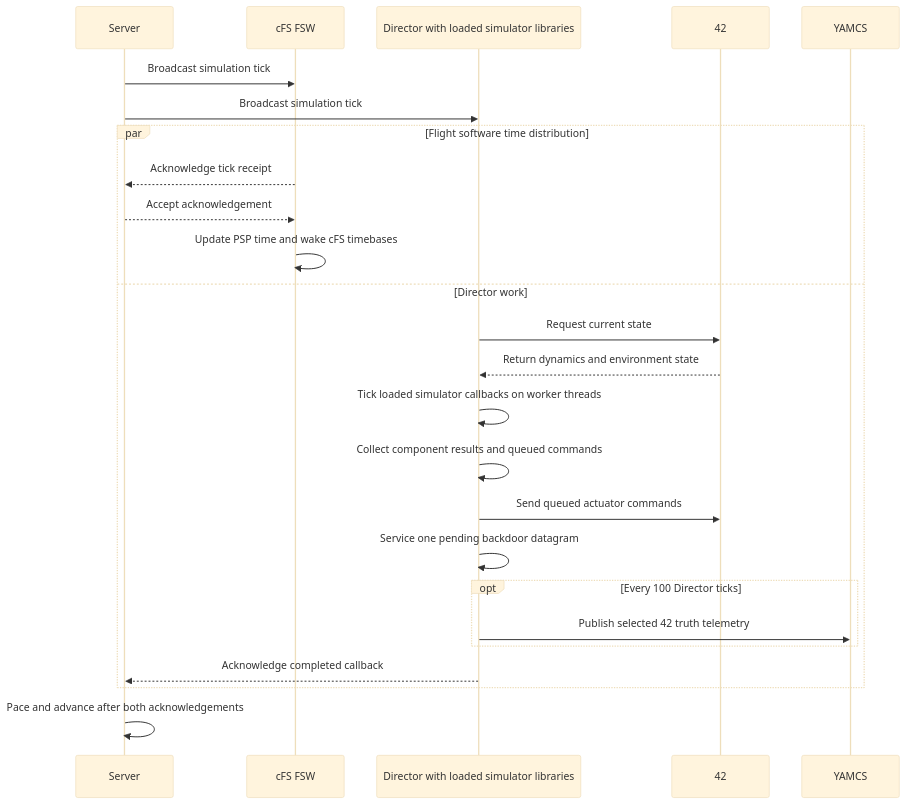
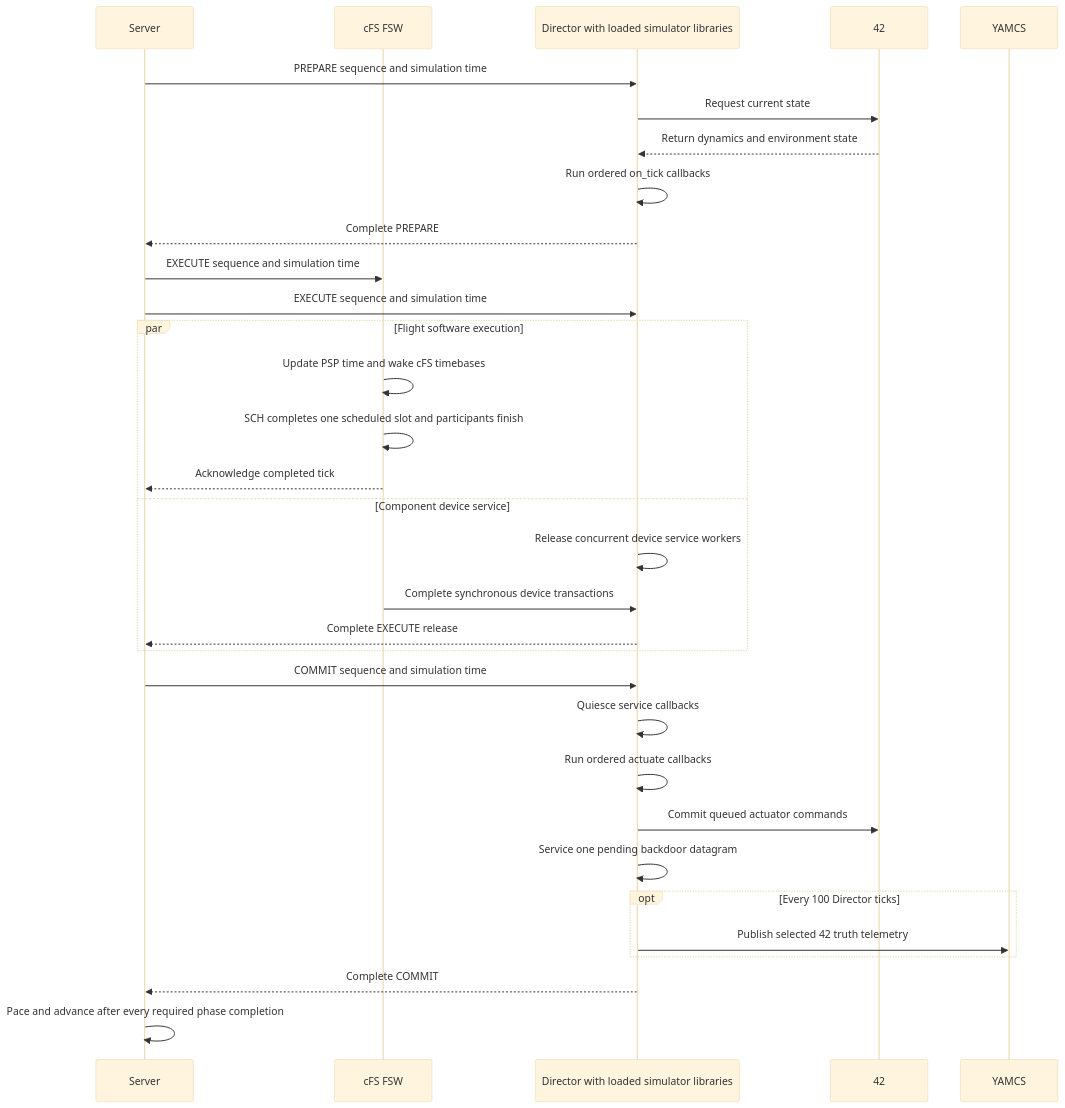
Before and after one commit to VoyagerTechnologies-Public/shire: the seventh of 8 diagrams in atlas/docs/manual/core-concepts/architecture.md, drawn with Mermaid (base theme). The commit also changed other lines of this file and 135 other files, not shown here.

````diff
--- a/atlas/docs/manual/core-concepts/architecture.md
+++ b/atlas/docs/manual/core-concepts/architecture.md
@@ -166,28 +179,35 @@
 ```mermaid
 sequenceDiagram
     participant Server
     participant FSW as cFS FSW
     participant Director as Director with loaded simulator libraries
     participant FortyTwo as 42
     participant YAMCS
 
-    Server->>FSW: Broadcast simulation tick
-    Server->>Director: Broadcast simulation tick
-    par Flight software time distribution
-        FSW-->>Server: Acknowledge tick receipt
-        Server-->>FSW: Accept acknowledgement
+    Server->>Director: PREPARE sequence and simulation time
+    Director->>FortyTwo: Request current state
+    FortyTwo-->>Director: Return dynamics and environment state
+    Director->>Director: Run ordered on_tick callbacks
+    Director-->>Server: Complete PREPARE
+    Server->>FSW: EXECUTE sequence and simulation time
+    Server->>Director: EXECUTE sequence and simulation time
+    par Flight software execution
         FSW->>FSW: Update PSP time and wake cFS timebases
-    and Director work
-        Director->>FortyTwo: Request current state
-        FortyTwo-->>Director: Return dynamics and environment state
-        Director->>Director: Tick loaded simulator callbacks on worker threads
-        Director->>Director: Collect component results and queued commands
-        Director->>FortyTwo: Send queued actuator commands
-        Director->>Director: Service one pending backdoor datagram
-        opt Every 100 Director ticks
-            Director->>YAMCS: Publish selected 42 truth telemetry
-        end
-        Director-->>Server: Acknowledge completed callback
+        FSW->>FSW: SCH completes one scheduled slot and participants finish
+        FSW-->>Server: Acknowledge completed tick
+    and Component device service
+        Director->>Director: Release concurrent device service workers
+        FSW->>Director: Complete synchronous device transactions
+        Director-->>Server: Complete EXECUTE release
     end
-    Server->>Server: Pace and advance after both acknowledgements
+    Server->>Director: COMMIT sequence and simulation time
+    Director->>Director: Quiesce service callbacks
+    Director->>Director: Run ordered actuate callbacks
+    Director->>FortyTwo: Commit queued actuator commands
+    Director->>Director: Service one pending backdoor datagram
+    opt Every 100 Director ticks
+        Director->>YAMCS: Publish selected 42 truth telemetry
+    end
+    Director-->>Server: Complete COMMIT
+    Server->>Server: Pace and advance after every required phase completion
 ```
````
